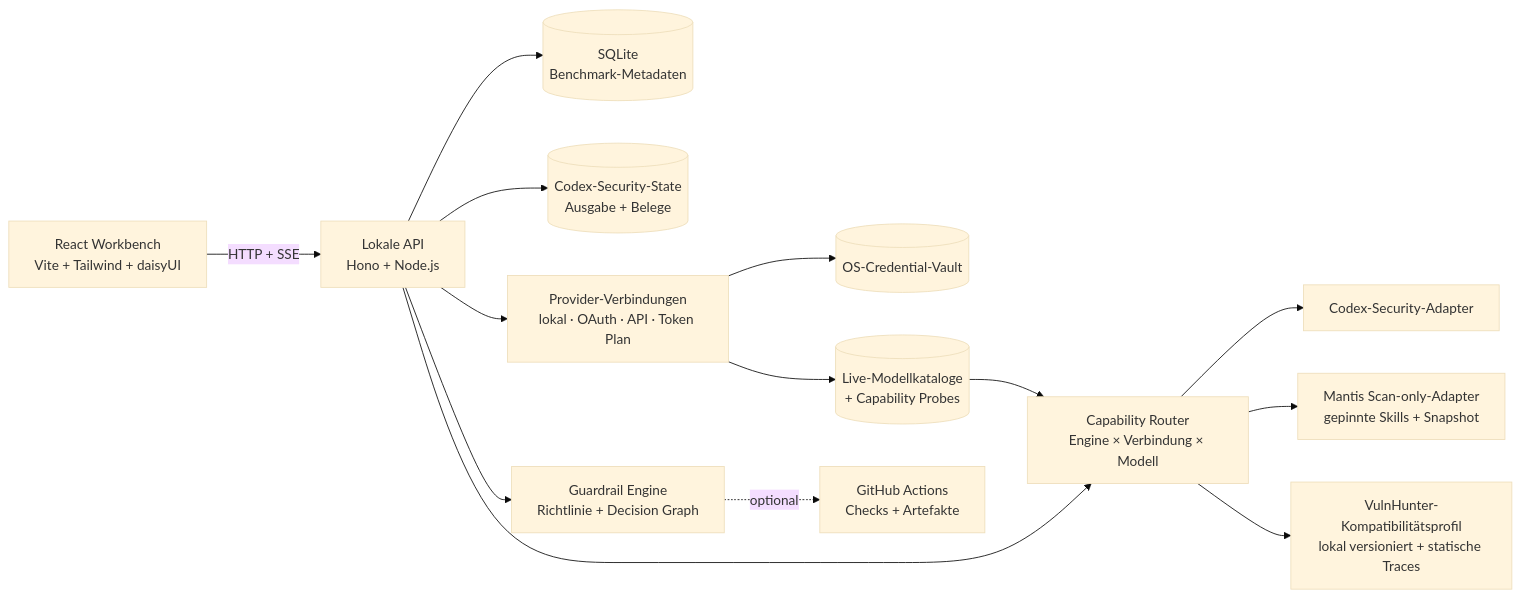
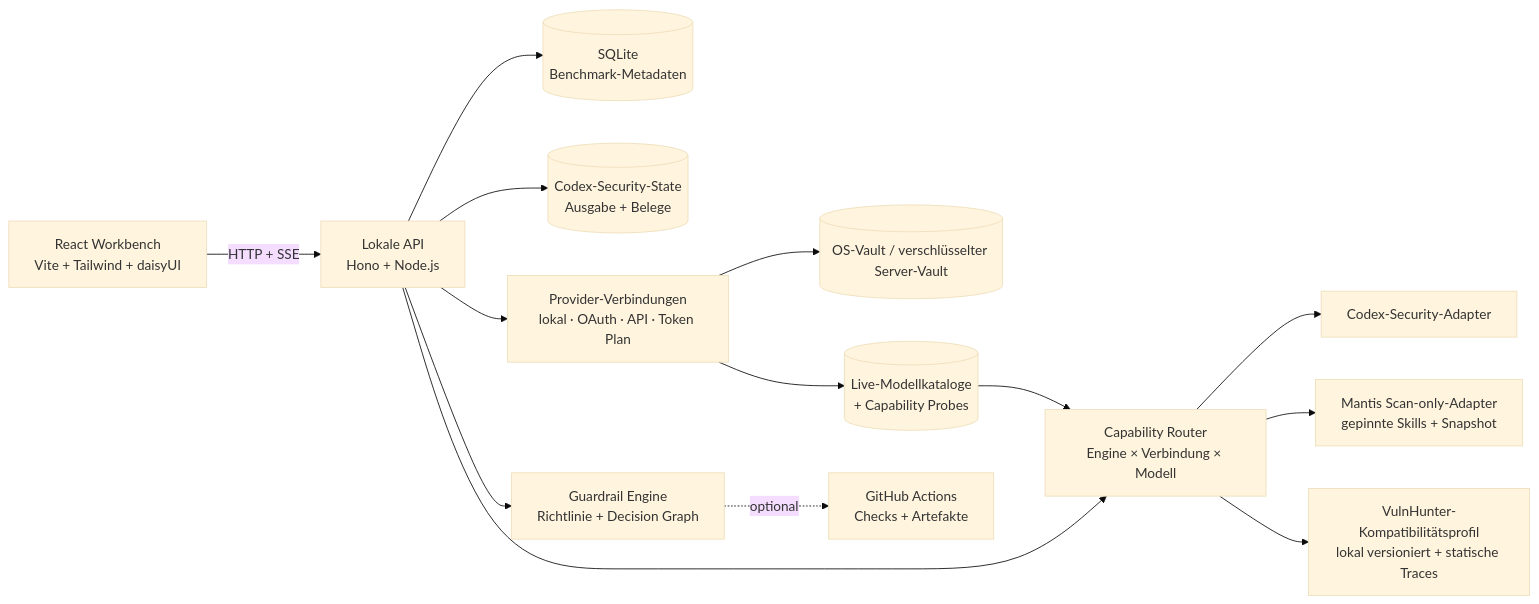
Before and after one commit to OkamiOps/okami-sentinel: the diagram in README.de.md, drawn with Mermaid (base theme). The commit also changed other lines of this file and 4 other files, not shown here.

````diff
--- a/README.de.md
+++ b/README.de.md
@@ -156,30 +156,30 @@
 ```mermaid
 flowchart LR
     UI["React Workbench\nVite + Tailwind + daisyUI"]
     API["Lokale API\nHono + Node.js"]
     DB[("SQLite\nBenchmark-Metadaten")]
     STATE[("Codex-Security-State\nAusgabe + Belege")]
     CONNECTIONS["Provider-Verbindungen\nlokal · OAuth · API · Token Plan"]
-    VAULT[("OS-Credential-Vault")]
+    VAULT[("OS-Vault / verschlüsselter Server-Vault")]
     MODELS[("Live-Modellkataloge\n+ Capability Probes")]
     ROUTER["Capability Router\nEngine × Verbindung × Modell"]
     CODEXSEC["Codex-Security-Adapter"]
     MANTIS["Mantis Scan-only-Adapter\ngepinnte Skills + Snapshot"]
     VULNHUNTER["VulnHunter-Kompatibilitätsprofil\nlokal versioniert + statische Traces"]
     GATE["Guardrail Engine\nRichtlinie + Decision Graph"]
     GH["GitHub Actions\nChecks + Artefakte"]
 
     UI -->|HTTP + SSE| API
     API --> DB
     API --> STATE
     API --> CONNECTIONS
     CONNECTIONS --> VAULT
     CONNECTIONS --> MODELS
     MODELS --> ROUTER
     API --> ROUTER
     ROUTER --> CODEXSEC
     ROUTER --> MANTIS
     ROUTER --> VULNHUNTER
     API --> GATE
     GATE -. optional .-> GH
 ```
````
